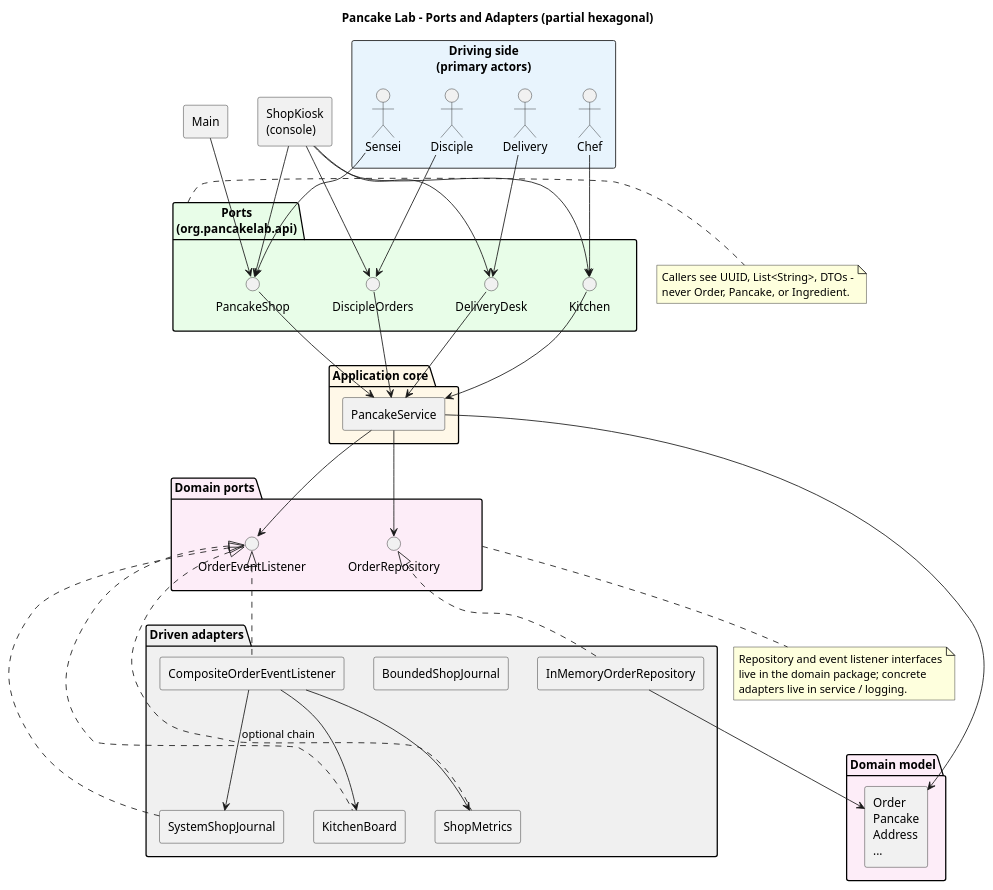
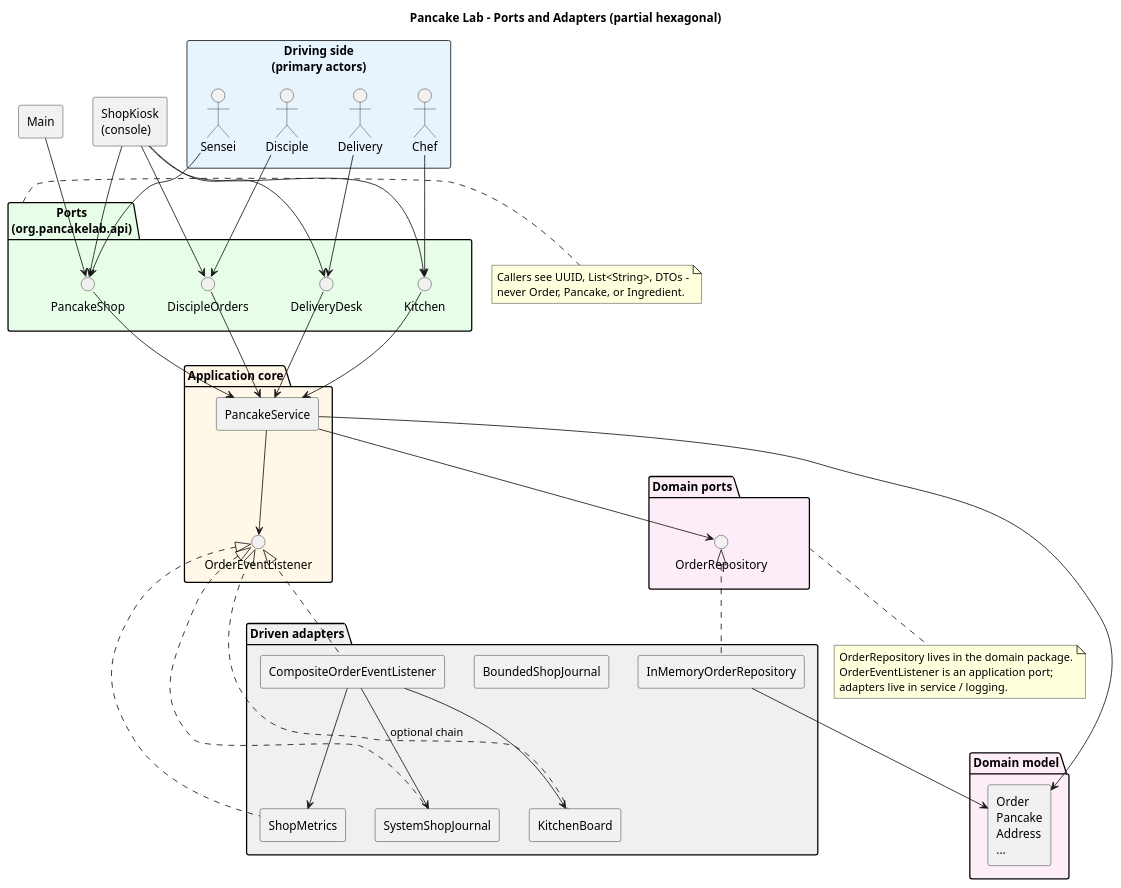
One commit to devnisaev/PancakeLab changed the diagram in docs/architecture-ports-adapters.puml. Above: the diagram before and after it, drawn with PlantUML. The commit also changed 21 other files, not shown here.

Commit message:
moved OrderStatus, changed some tests, PancakeService - removed exceeding constructors, OrderEventListener - new interface

```diff
--- a/docs/architecture-ports-adapters.puml
+++ b/docs/architecture-ports-adapters.puml
@@ -1,91 +1,91 @@
 @startuml
 title Pancake Lab - Ports and Adapters (partial hexagonal)
 
 skinparam componentStyle rectangle
 skinparam shadowing false
 
 rectangle "Driving side\n(primary actors)" as actors #E8F4FD {
   actor Disciple
   actor Chef
   actor Delivery
   actor Sensei
 }
 
 together {
   component "ShopKiosk\n(console)" as kiosk
   component "Main" as main
 }
 
 package "Ports\n(org.pancakelab.api)" as ports #E8FDE8 {
   interface "DiscipleOrders" as portDisciple
   interface "Kitchen" as portKitchen
   interface "DeliveryDesk" as portDelivery
   interface "PancakeShop" as portShop
 }
 
 package "Application core" as core #FFF8E8 {
   component "PancakeService" as service
+  interface "OrderEventListener" as portEvents
 }
 
 package "Domain ports" as domainPorts #FDEDF8 {
   interface "OrderRepository" as portRepo
-  interface "OrderEventListener" as portEvents
 }
 
 package "Driven adapters" as adapters #F0F0F0 {
   component "InMemoryOrderRepository" as repo
   component "SystemShopJournal" as journal
   component "BoundedShopJournal" as boundedJournal
   component "KitchenBoard" as board
   component "ShopMetrics" as metrics
   component "CompositeOrderEventListener" as composite
 }
 
 package "Domain model" as model #FDEDF8 {
   component "Order\nPancake\nAddress\n..." as aggregates
 }
 
 Disciple --> portDisciple
 Chef --> portKitchen
 Delivery --> portDelivery
 Sensei --> portShop
 
 kiosk --> portDisciple
 kiosk --> portKitchen
 kiosk --> portDelivery
 kiosk --> portShop
 main --> portShop
 
 portDisciple --> service
 portKitchen --> service
 portDelivery --> service
 portShop --> service
 
 service --> portRepo
 service --> portEvents
 service --> aggregates
 
 portRepo <|.. repo
 portEvents <|.. composite
 portEvents <|.. journal
 portEvents <|.. board
 portEvents <|.. metrics
 
 composite --> journal : optional chain
 composite --> board
 composite --> metrics
 
 repo --> aggregates
 
 note right of ports
   Callers see UUID, List<String>, DTOs -
   never Order, Pancake, or Ingredient.
 end note
 
 note bottom of domainPorts
-  Repository and event listener interfaces
-  live in the domain package; concrete
+  OrderRepository lives in the domain package.
+  OrderEventListener is an application port;
   adapters live in service / logging.
 end note
 
 @enduml
```
